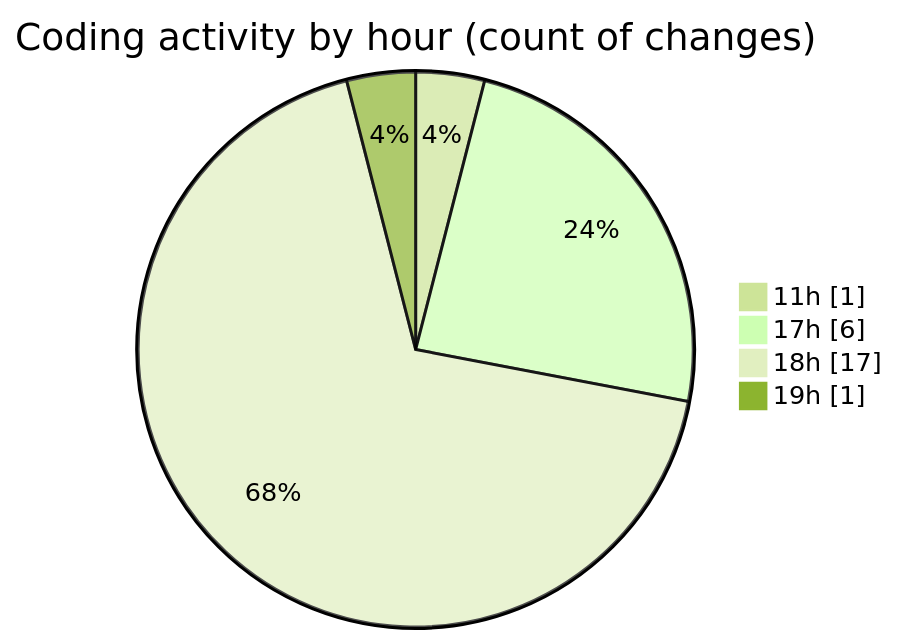
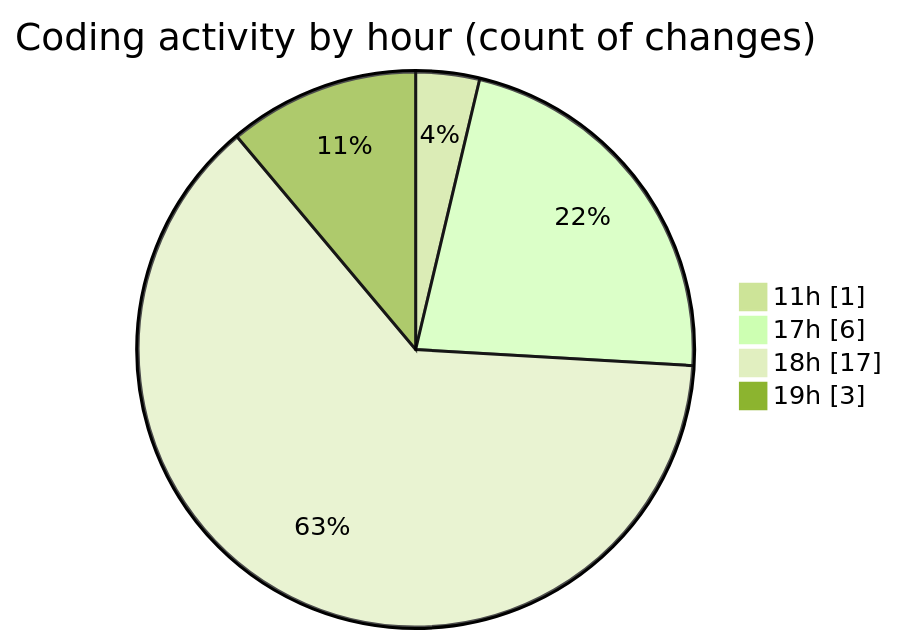
The second of 2 diagrams in 2025-12-23/nxtqube_webapp/README.md (nxtqubesakshisongat/code-tracking), drawn with Mermaid (forest theme) before and after one commit. The commit also changed other lines of this file and 1 other file, not shown here.

````diff
--- a/2025-12-23/nxtqube_webapp/README.md
+++ b/2025-12-23/nxtqube_webapp/README.md
@@ -34,8 +34,8 @@
 ```mermaid
 pie showData
 title Coding activity by hour (count of changes)
 "11h" : 1
 "17h" : 6
 "18h" : 17
-"19h" : 1
+"19h" : 3
 ```
````
